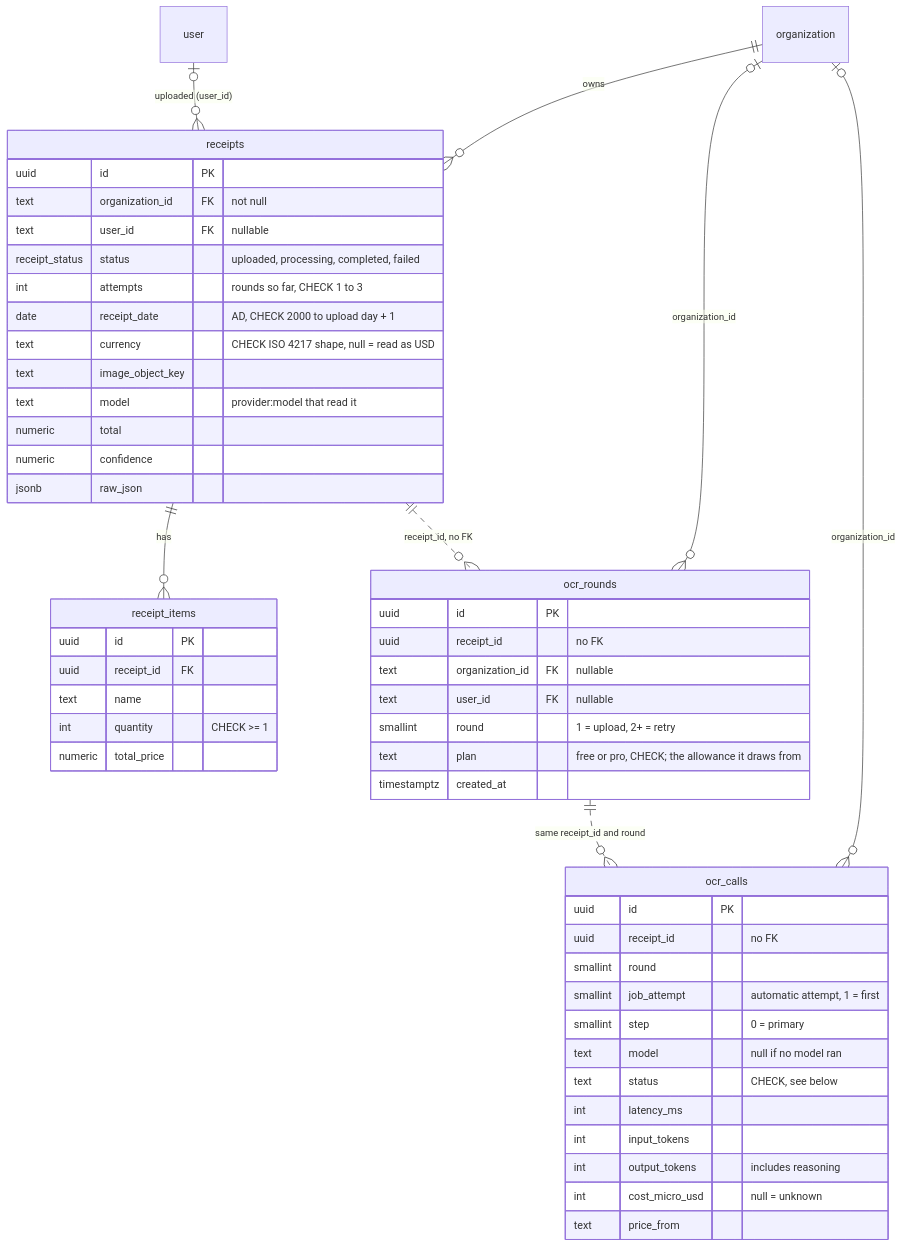
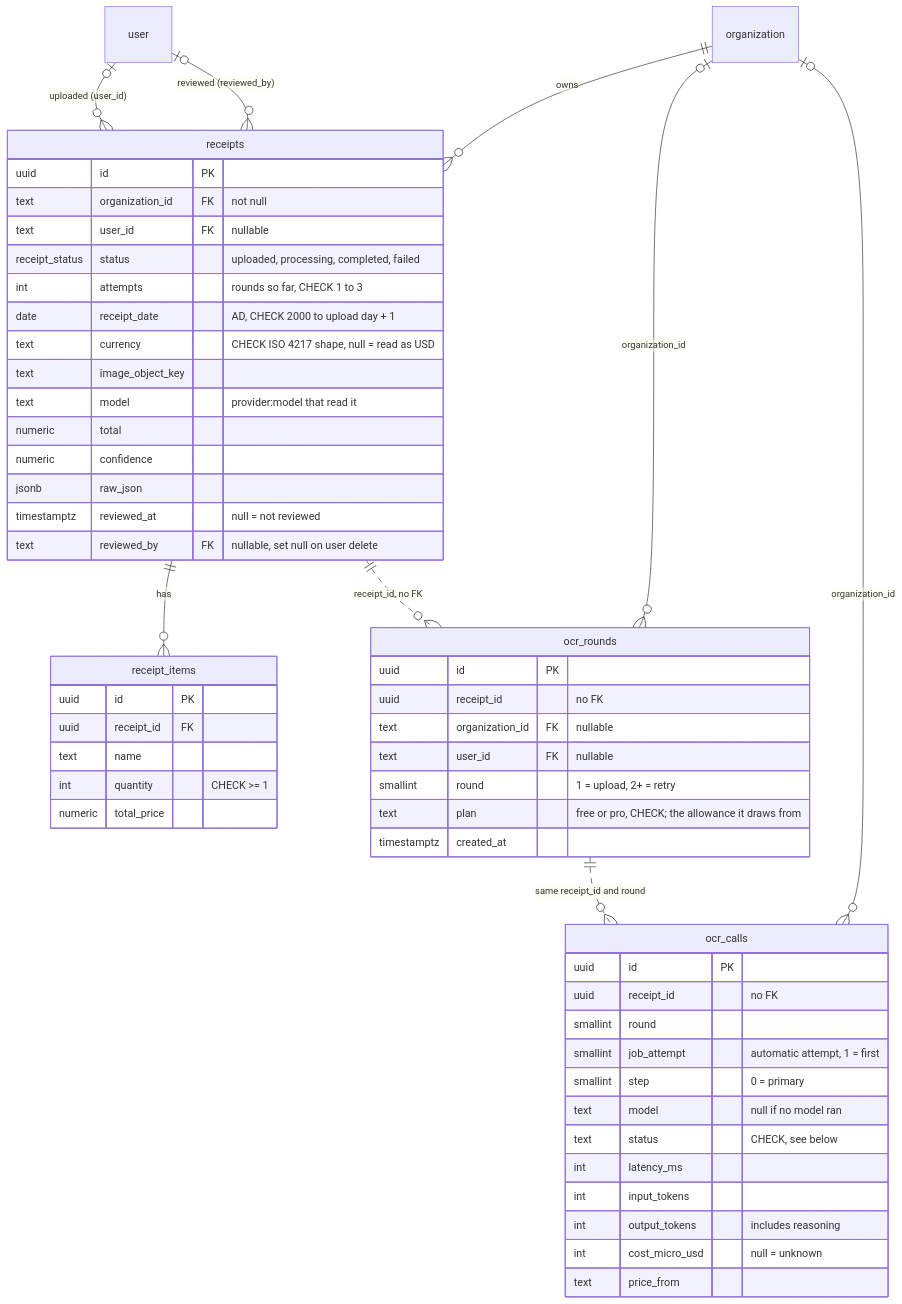
Before and after one commit to bhimrazy/receipt-ocr-app: the second of 6 diagrams in docs/architecture/data-model.md, drawn with Mermaid. The commit also changed other lines of this file and 10 other files, not shown here.

First line of the commit message:
feat(db): receipts can be marked reviewed

````diff
--- a/docs/architecture/data-model.md
+++ b/docs/architecture/data-model.md
@@ -134,55 +134,58 @@
 ```mermaid
 erDiagram
   organization ||--o{ receipts : "owns"
   user |o--o{ receipts : "uploaded (user_id)"
+  user |o--o{ receipts : "reviewed (reviewed_by)"
   receipts ||--o{ receipt_items : "has"
   receipts ||..o{ ocr_rounds : "receipt_id, no FK"
   ocr_rounds ||..o{ ocr_calls : "same receipt_id and round"
   organization |o--o{ ocr_rounds : "organization_id"
   organization |o--o{ ocr_calls : "organization_id"
 
   receipts {
     uuid id PK
     text organization_id FK "not null"
     text user_id FK "nullable"
     receipt_status status "uploaded, processing, completed, failed"
     int attempts "rounds so far, CHECK 1 to 3"
     date receipt_date "AD, CHECK 2000 to upload day + 1"
     text currency "CHECK ISO 4217 shape, null = read as USD"
     text image_object_key
     text model "provider:model that read it"
     numeric total
     numeric confidence
     jsonb raw_json
+    timestamptz reviewed_at "null = not reviewed"
+    text reviewed_by FK "nullable, set null on user delete"
   }
   receipt_items {
     uuid id PK
     uuid receipt_id FK
     text name
     int quantity "CHECK >= 1"
     numeric total_price
   }
   ocr_rounds {
     uuid id PK
     uuid receipt_id "no FK"
     text organization_id FK "nullable"
     text user_id FK "nullable"
     smallint round "1 = upload, 2+ = retry"
     text plan "free or pro, CHECK; the allowance it draws from"
     timestamptz created_at
   }
   ocr_calls {
     uuid id PK
     uuid receipt_id "no FK"
     smallint round
     smallint job_attempt "automatic attempt, 1 = first"
     smallint step "0 = primary"
     text model "null if no model ran"
     text status "CHECK, see below"
     int latency_ms
     int input_tokens
     int output_tokens "includes reasoning"
     int cost_micro_usd "null = unknown"
     text price_from
   }
 ```
````
